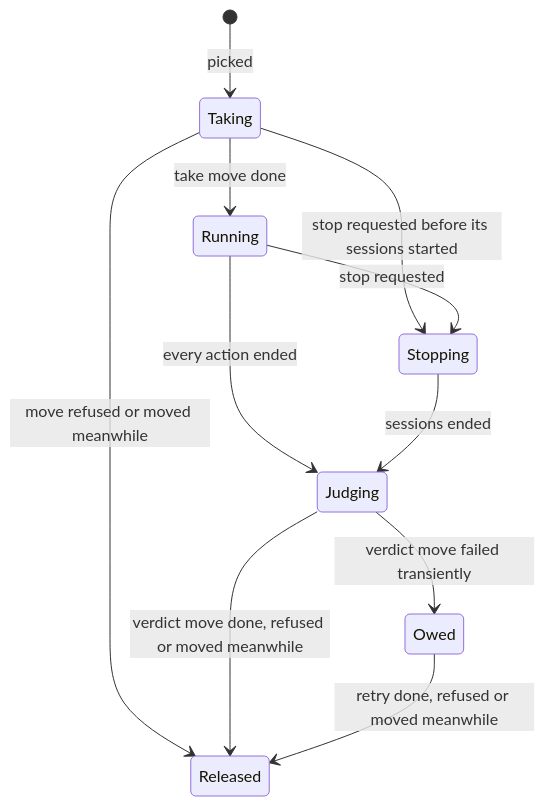
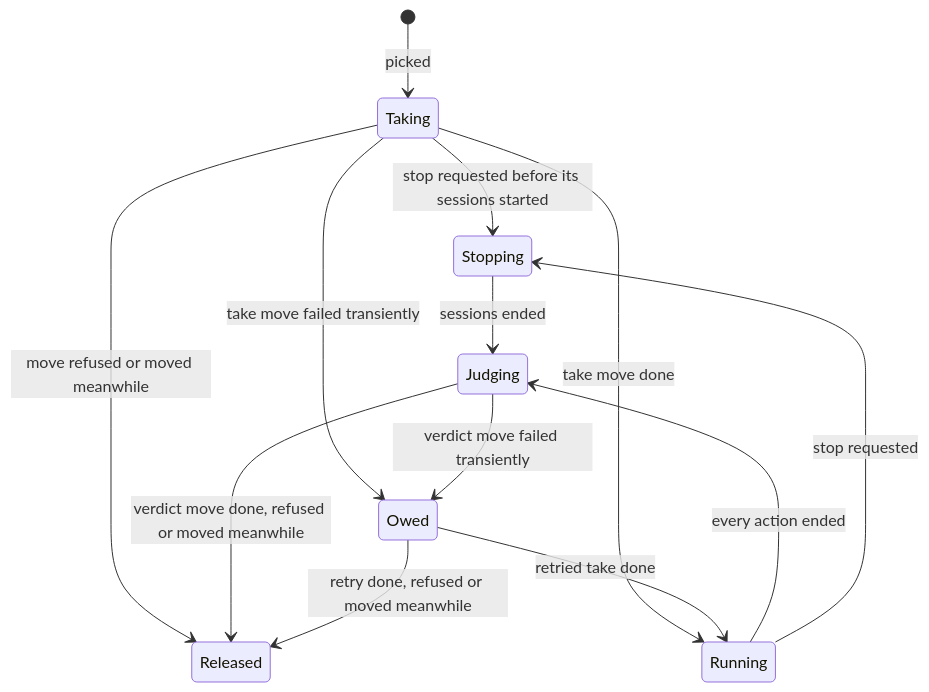
The second of 2 diagrams in docs/develop/architecture.mdx (thatsnotmynameio/crew), drawn with Mermaid before and after one commit. The commit also changed 10 other files, not shown here.

First line of the commit message:
fix(review): idempotent moves, retry a failed take, single state list

````diff
--- a/docs/develop/architecture.mdx
+++ b/docs/develop/architecture.mdx
@@ -91,13 +91,15 @@
 ```mermaid
 stateDiagram-v2
   [*] --> Taking: picked
   Taking --> Released: move refused or moved meanwhile
   Taking --> Stopping: stop requested before its sessions started
   Taking --> Running: take move done
+  Taking --> Owed: take move failed transiently
+  Owed --> Running: retried take done
   Running --> Judging: every action ended
   Running --> Stopping: stop requested
   Stopping --> Judging: sessions ended
   Judging --> Released: verdict move done, refused or moved meanwhile
   Judging --> Owed: verdict move failed transiently
   Owed --> Released: retry done, refused or moved meanwhile
 ```
````
